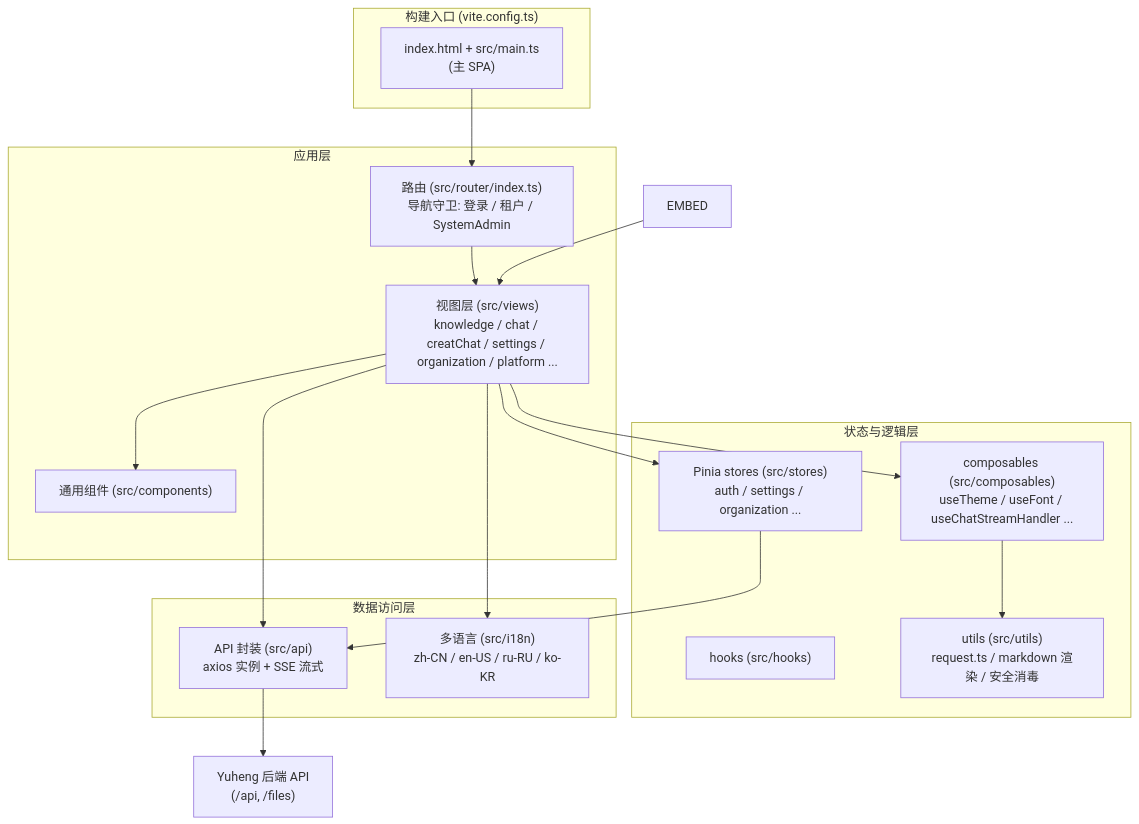
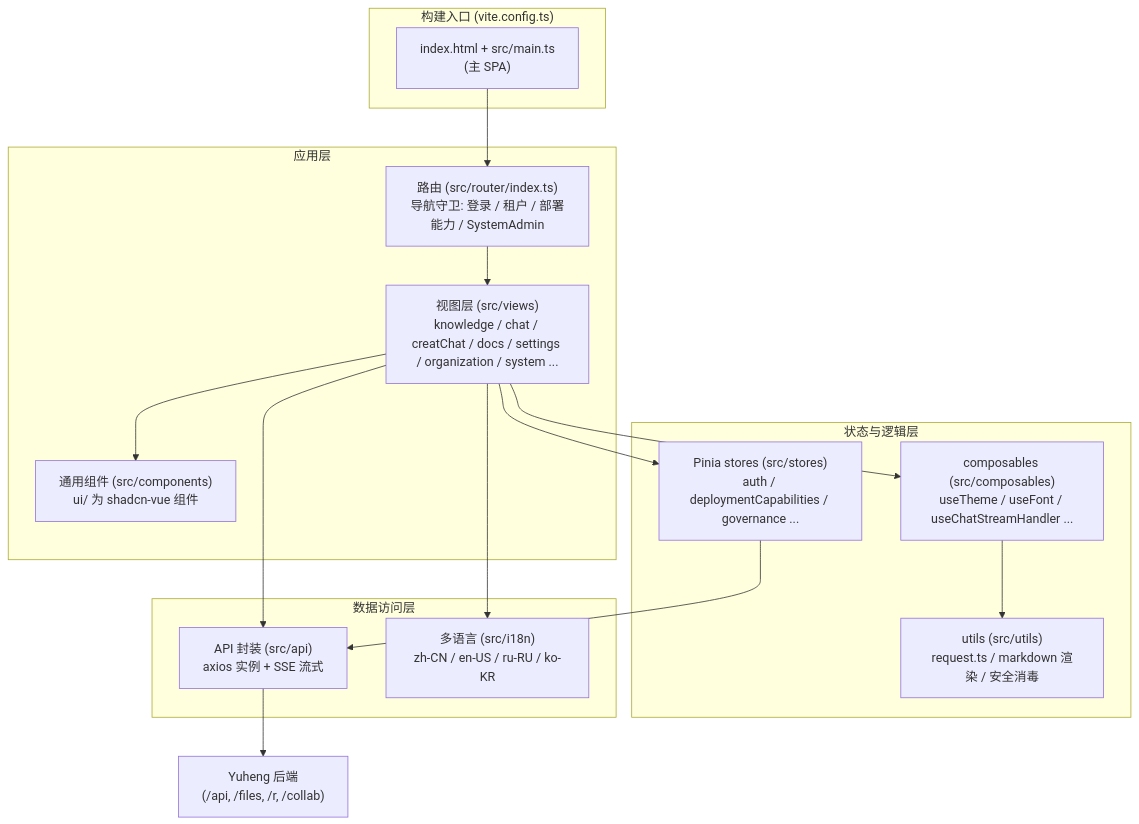
The diagram in website-docs/05-clients/01-frontend.md (magicyuan876/Yuheng), drawn with Mermaid before and after one commit. The commit also changed other lines of this file and 17 other files, not shown here.

````diff
--- a/website-docs/05-clients/01-frontend.md
+++ b/website-docs/05-clients/01-frontend.md
@@ -36,37 +58,35 @@
 ```mermaid
 flowchart TB
     subgraph entries["构建入口 (vite.config.ts)"]
         MAIN["index.html + src/main.ts<br/>(主 SPA)"]
     end
 
     subgraph app["应用层"]
-        ROUTER["路由 (src/router/index.ts)<br/>导航守卫: 登录 / 租户 / SystemAdmin"]
-        VIEWS["视图层 (src/views)<br/>knowledge / chat / creatChat / settings / organization / platform ..."]
-        COMP["通用组件 (src/components)"]
+        ROUTER["路由 (src/router/index.ts)<br/>导航守卫: 登录 / 租户 / 部署能力 / SystemAdmin"]
+        VIEWS["视图层 (src/views)<br/>knowledge / chat / creatChat / docs / settings / organization / system ..."]
+        COMP["通用组件 (src/components)<br/>ui/ 为 shadcn-vue 组件"]
     end
 
     subgraph state["状态与逻辑层"]
-        STORES["Pinia stores (src/stores)<br/>auth / settings / organization ..."]
+        STORES["Pinia stores (src/stores)<br/>auth / deploymentCapabilities / governance ..."]
         COMPOSABLES["composables (src/composables)<br/>useTheme / useFont / useChatStreamHandler ..."]
-        HOOKS["hooks (src/hooks)"]
         UTILS["utils (src/utils)<br/>request.ts / markdown 渲染 / 安全消毒"]
     end
 
     subgraph io["数据访问层"]
         API["API 封装 (src/api)<br/>axios 实例 + SSE 流式"]
         I18N["多语言 (src/i18n)<br/>zh-CN / en-US / ru-RU / ko-KR"]
     end
 
-    BACKEND["Yuheng 后端 API<br/>(/api, /files)"]
+    BACKEND["Yuheng 后端<br/>(/api, /files, /r, /collab)"]
 
     MAIN --> ROUTER --> VIEWS
-    EMBED --> VIEWS
     VIEWS --> COMP
     VIEWS --> STORES
     VIEWS --> COMPOSABLES
     COMPOSABLES --> UTILS
     STORES --> API
     VIEWS --> API
     API --> BACKEND
     VIEWS --> I18N
 ```
````
